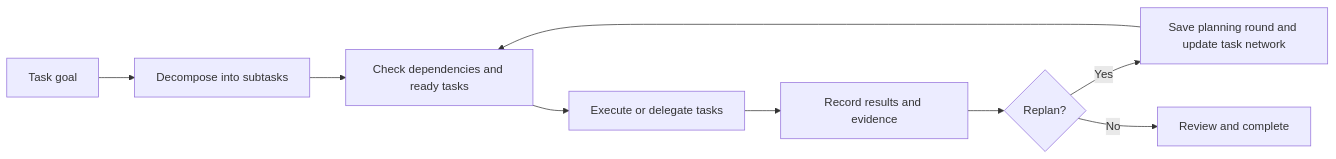
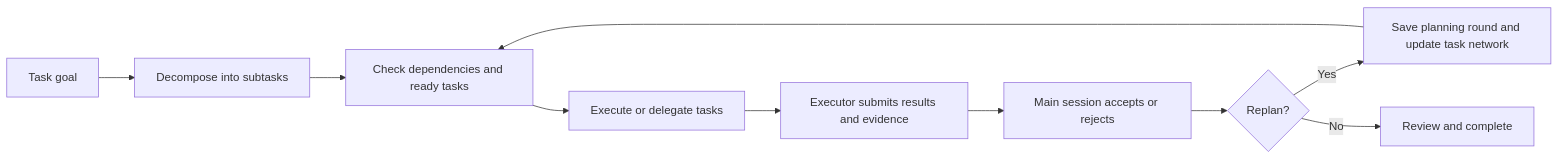
The diagram in README.en.md (carpe-horam/task-progress-codex), drawn with Mermaid before and after one commit. The commit also changed other lines of this file and 78 other files, not shown here.

````diff
--- a/README.en.md
+++ b/README.en.md
@@ -37,11 +38,12 @@
 ```mermaid
 flowchart LR
     A[Task goal] --> B[Decompose into subtasks]
     B --> C[Check dependencies and ready tasks]
     C --> D[Execute or delegate tasks]
-    D --> E[Record results and evidence]
-    E --> F{Replan?}
+    D --> E[Executor submits results and evidence]
+    E --> R[Main session accepts or rejects]
+    R --> F{Replan?}
     F -- Yes --> G[Save planning round and update task network]
     G --> C
     F -- No --> H[Review and complete]
 ```
````
